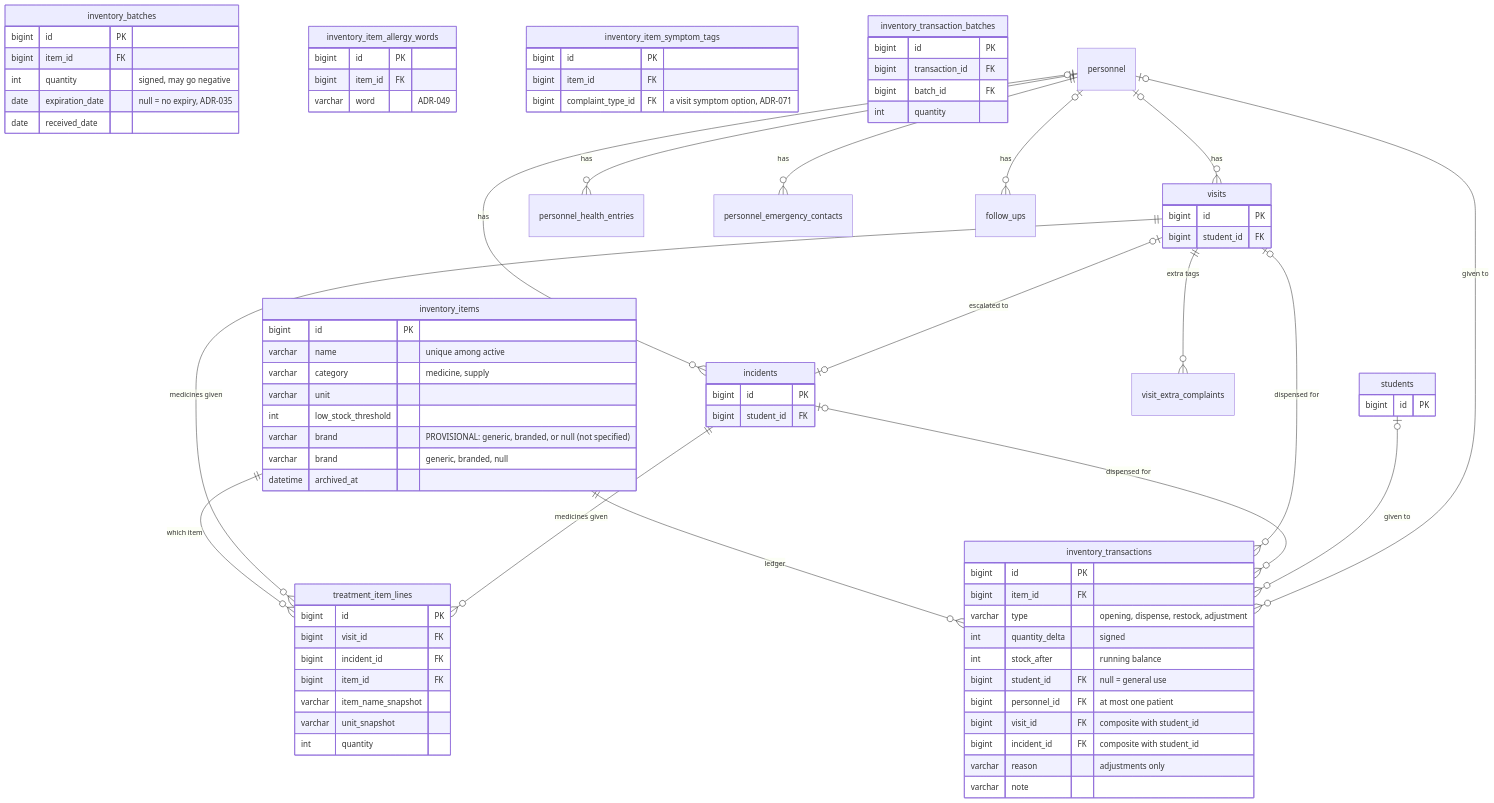
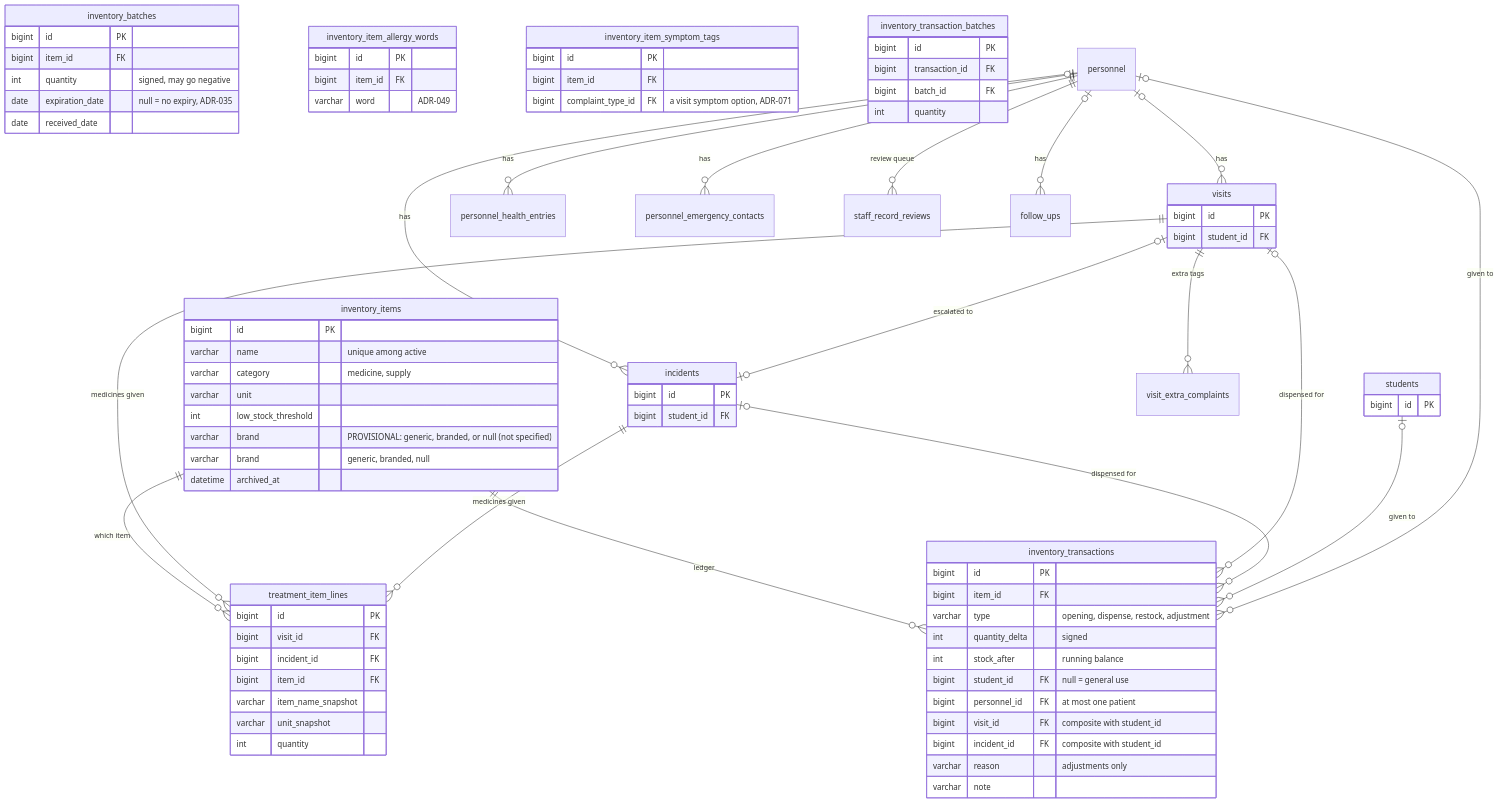
One commit to zekuuu/cliniq changed the fifth of 6 diagrams in CLINIQ-Knowledge-Base/02-Architecture/Database/ERD.md. Above: the diagram before and after it, drawn with Mermaid. The commit also changed other lines of this file and 4 other files, not shown here.

Commit message:
docs(db): ERD, data dictionary and overview diagram for 48 tables; full migration order

```diff
--- a/CLINIQ-Knowledge-Base/02-Architecture/Database/ERD.md
+++ b/CLINIQ-Knowledge-Base/02-Architecture/Database/ERD.md
@@ -521,6 +531,7 @@
     students |o--o{ inventory_transactions : "given to"
     personnel ||--o{ personnel_health_entries : has
     personnel ||--o{ personnel_emergency_contacts : has
+    personnel ||--o{ staff_record_reviews : "review queue"
     personnel |o--o{ visits : has
     personnel |o--o{ incidents : has
     personnel |o--o{ follow_ups : has
```
